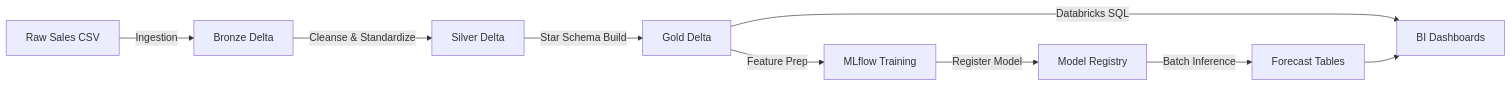
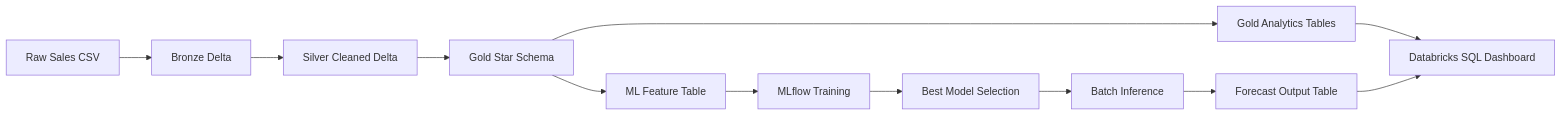
Before and after one commit to Fahyi/fmcg-demand-analytics: the first of 2 diagrams in README.md, drawn with Mermaid. The commit also changed other lines of this file and 10 other files, not shown here.

````diff
--- a/README.md
+++ b/README.md
@@ -31,13 +69,14 @@
 ```mermaid
 graph LR
-A[Raw Sales CSV] -->|Ingestion| B[Bronze Delta]
-B -->|Cleanse & Standardize| C[Silver Delta]
-C -->|Star Schema Build| D[Gold Delta]
-
-D -->|Databricks SQL| E[BI Dashboards]
-D -->|Feature Prep| F[MLflow Training]
-
-F -->|Register Model| G[Model Registry]
-G -->|Batch Inference| H[Forecast Tables]
-H --> E
+  A[Raw Sales CSV] --> B[Bronze Delta]
+  B --> C[Silver Cleaned Delta]
+  C --> D[Gold Star Schema]
+  D --> E[Gold Analytics Tables]
+  D --> F[ML Feature Table]
+  E --> G[Databricks SQL Dashboard]
+  F --> H[MLflow Training]
+  H --> I[Best Model Selection]
+  I --> J[Batch Inference]
+  J --> K[Forecast Output Table]
+  K --> G
 ```
````
